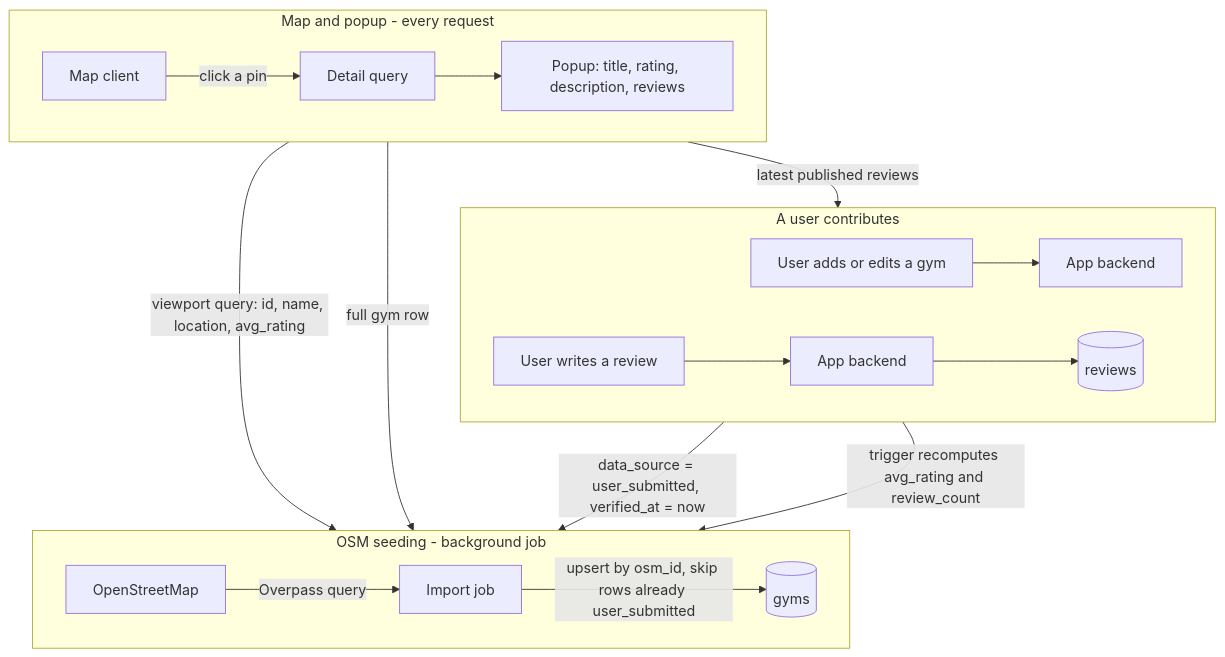
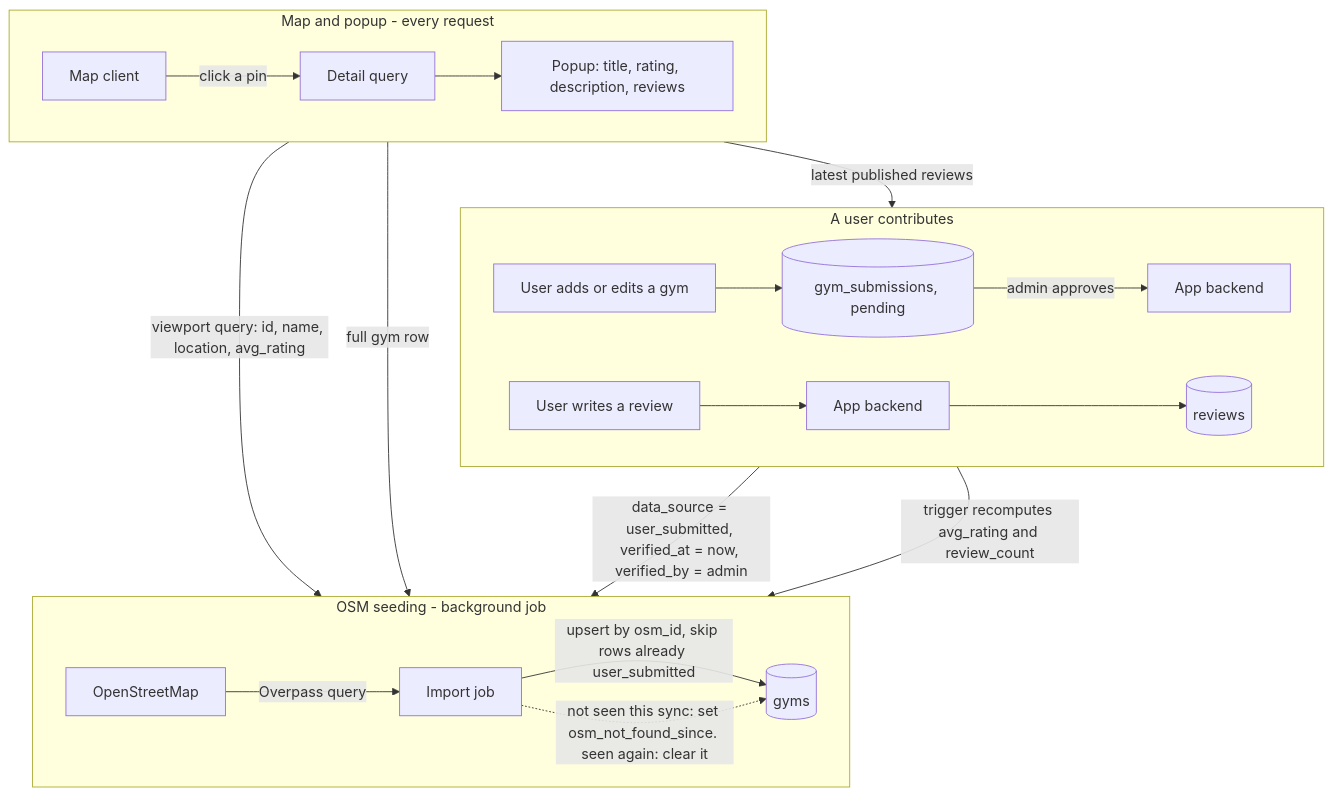
The second of 3 diagrams in Plan.md (AbsentLung/TravelApp), drawn with Mermaid before and after one commit. The commit also changed other lines of this file, not shown here.

````diff
--- a/Plan.md
+++ b/Plan.md
@@ -311,26 +328,28 @@
 ```mermaid
 flowchart TB
     subgraph Seed["OSM seeding - background job"]
         direction LR
         OSM["OpenStreetMap"] -->|Overpass query| ImportJob["Import job"]
         ImportJob -->|upsert by osm_id, skip rows already user_submitted| Gyms[("gyms")]
+        ImportJob -.->|not seen this sync: set osm_not_found_since. seen again: clear it| Gyms
     end
 
     subgraph Contribute["A user contributes"]
         direction LR
-        AddUser["User adds or edits a gym"] --> Backend1["App backend"]
-        Backend1 -->|"data_source = user_submitted, verified_at = now"| Gyms
+        AddUser["User adds or edits a gym"] --> Submissions[("gym_submissions, pending")]
+        Submissions -->|admin approves| Backend1["App backend"]
+        Backend1 -->|"data_source = user_submitted, verified_at = now, verified_by = admin"| Gyms
         ReviewUser["User writes a review"] --> Backend2["App backend"]
         Backend2 --> Reviews[("reviews")]
         Reviews -->|trigger recomputes avg_rating and review_count| Gyms
     end
 
     subgraph MapRead["Map and popup - every request"]
         direction LR
         Client["Map client"] -->|viewport query: id, name, location, avg_rating| Gyms
         Client -->|click a pin| DetailQuery["Detail query"]
         DetailQuery -->|full gym row| Gyms
         DetailQuery -->|latest published reviews| Reviews
         DetailQuery --> Popup["Popup: title, rating, description, reviews"]
     end
 ```
````
